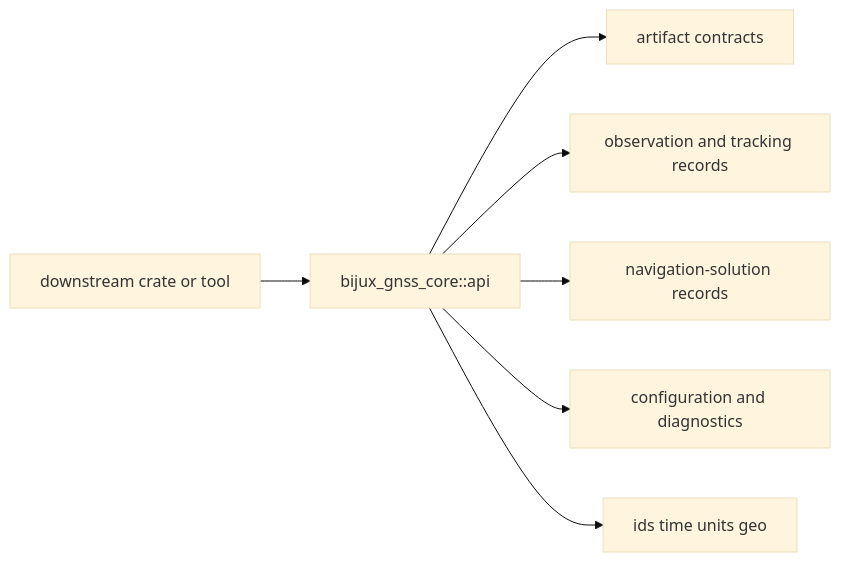
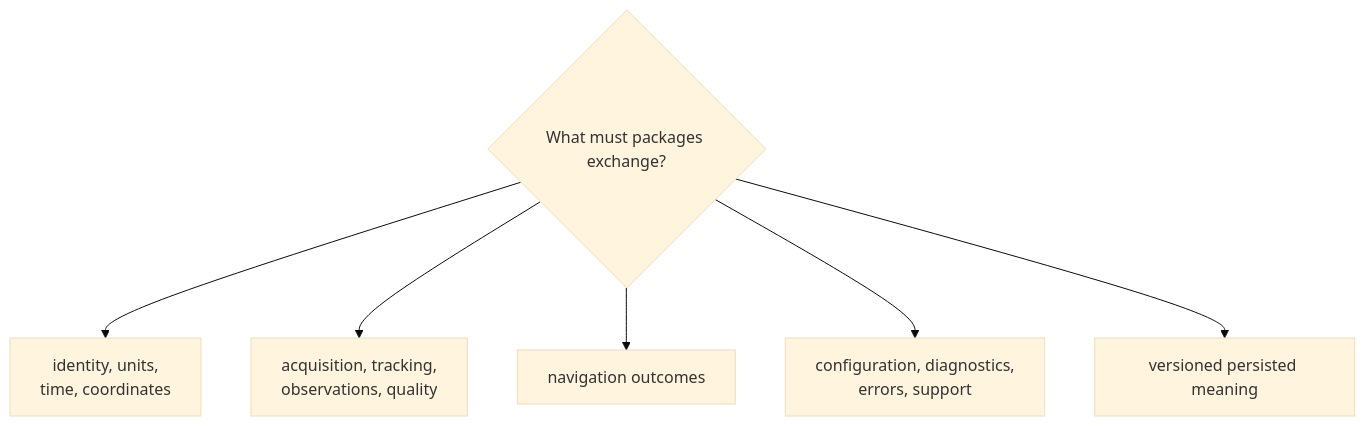
One commit to bijux/bijux-telecom changed the first of 2 diagrams in docs/02-bijux-gnss-core/interfaces/index.md. Above: the diagram before and after it, drawn with Mermaid (base theme). The commit also changed other lines of this file and 1 other file, not shown here.

Commit message:
docs(core): distinguish contract use from proof

````diff
--- a/docs/02-bijux-gnss-core/interfaces/index.md
+++ b/docs/02-bijux-gnss-core/interfaces/index.md
@@ -24,17 +19,15 @@
 ```mermaid
-flowchart LR
-    caller["downstream crate or tool"]
-    api["bijux_gnss_core::api"]
-    artifacts["artifact contracts"]
-    observations["observation and tracking records"]
-    nav["navigation-solution records"]
-    config["configuration and diagnostics"]
-    foundation["ids time units geo"]
+flowchart TD
+    need{"What must packages exchange?"}
+    physical["identity, units,<br/>time, coordinates"]
+    receiver["acquisition, tracking,<br/>observations, quality"]
+    navigation["navigation outcomes"]
+    governance["configuration, diagnostics,<br/>errors, support"]
+    artifact["versioned persisted meaning"]
 
-    caller --> api
-    api --> artifacts
-    api --> observations
-    api --> nav
-    api --> config
-    api --> foundation
+    need --> physical
+    need --> receiver
+    need --> navigation
+    need --> governance
+    need --> artifact
 ```
````
